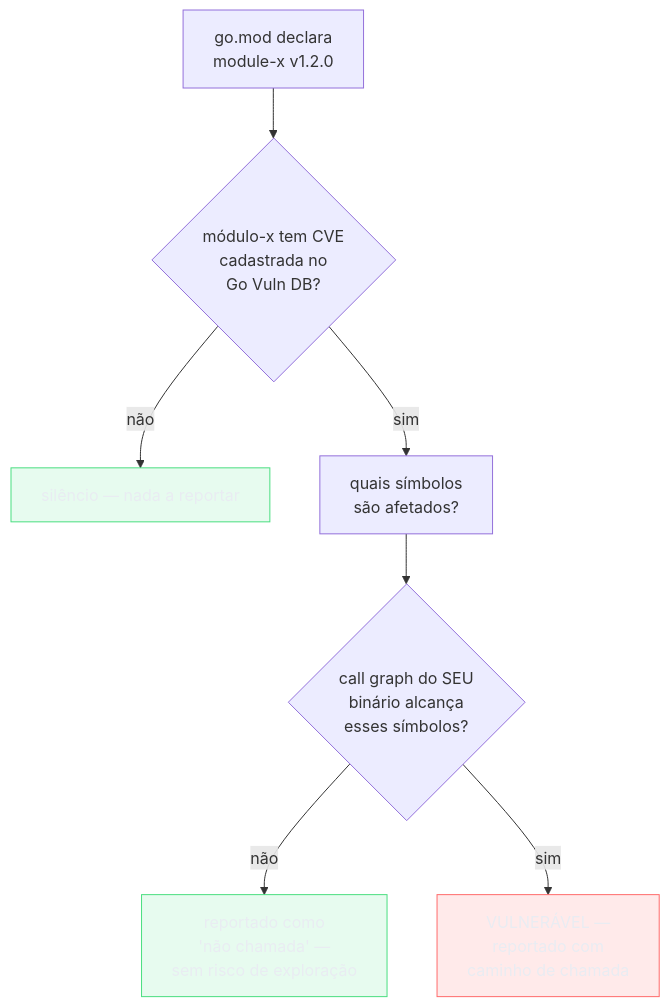
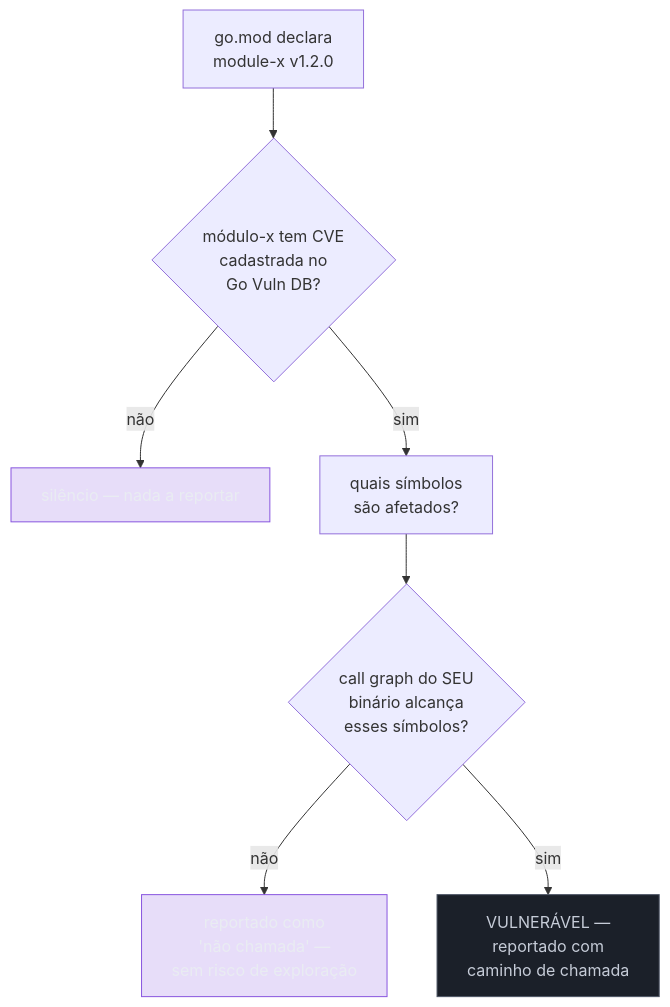
Before and after one commit to josenaldo/codex-technomanticus: the first of 3 diagrams in 03-Dominios/Tecnologia/Go/19 - Segurança/05 - govulncheck e supply chain.md, drawn with Mermaid. The commit also changed other lines of this file and 601 other files, not shown here.

````diff
--- a/03-Dominios/Tecnologia/Go/19 - Segurança/05 - govulncheck e supply chain.md
+++ b/03-Dominios/Tecnologia/Go/19 - Segurança/05 - govulncheck e supply chain.md
@@ -37,15 +37,15 @@
 ```mermaid
 flowchart TB
-    classDef falha fill:#FF6B6B24,stroke:#FF6B6B,color:#E9ECF2
-    classDef ok fill:#4ADE8021,stroke:#4ADE80,color:#E9ECF2
+    classDef marca fill:#8855DF33,stroke:#8855DF,color:#E9ECF2
+    classDef neutro fill:#1B2029,stroke:#4E5666,color:#C6CCD8
     A["go.mod declara\nmodule-x v1.2.0"] --> B{"módulo-x tem CVE\ncadastrada no\nGo Vuln DB?"}
     B -->|não| C["silêncio — nada a reportar"]
     B -->|sim| D["quais símbolos\nsão afetados?"]
     D --> E{"call graph do SEU\nbinário alcança\nesses símbolos?"}
     E -->|não| F["reportado como\n'não chamada' —\nsem risco de exploração"]
     E -->|sim| G["VULNERÁVEL —\nreportado com\ncaminho de chamada"]
 
-    class G falha
-    class F ok
-    class C ok
+    class G neutro
+    class F marca
+    class C marca
 ```
````
